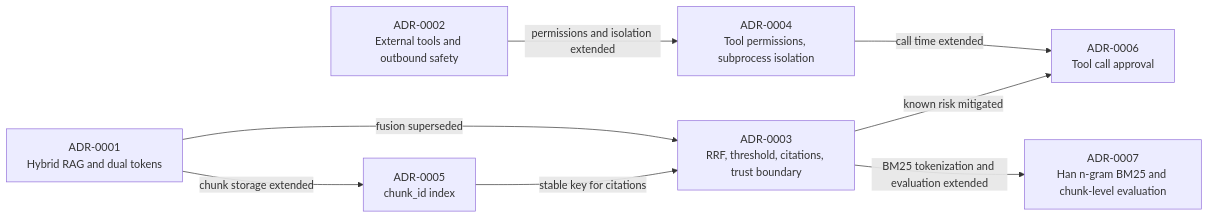
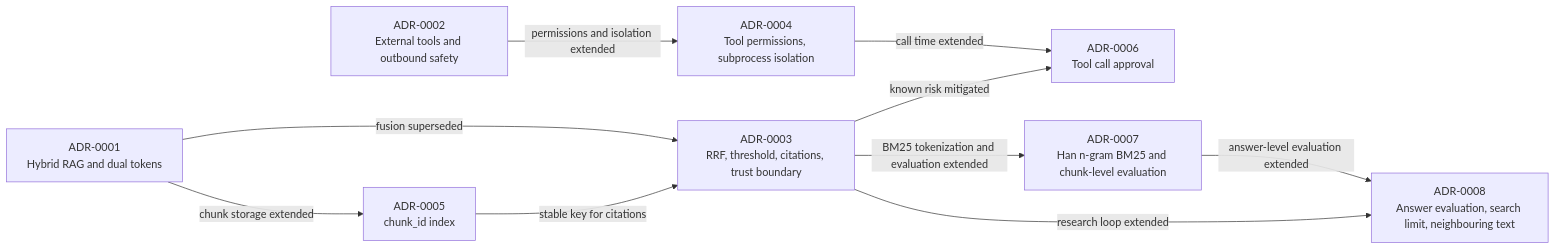
Before and after one commit to Scorpio-meow/AskMiao: the diagram in docs/adr/README_en.md, drawn with Mermaid. The commit also changed other lines of this file and 38 other files, not shown here.

````diff
--- a/docs/adr/README_en.md
+++ b/docs/adr/README_en.md
@@ -21,10 +22,12 @@
 ```mermaid
 flowchart LR
     A1["ADR-0001<br/>Hybrid RAG and dual tokens"] -->|fusion superseded| A3["ADR-0003<br/>RRF, threshold, citations, trust boundary"]
     A1 -->|chunk storage extended| A5["ADR-0005<br/>chunk_id index"]
     A5 -->|stable key for citations| A3
     A2["ADR-0002<br/>External tools and outbound safety"] -->|permissions and isolation extended| A4["ADR-0004<br/>Tool permissions, subprocess isolation"]
     A4 -->|call time extended| A6["ADR-0006<br/>Tool call approval"]
     A3 -->|known risk mitigated| A6
     A3 -->|BM25 tokenization and evaluation extended| A7["ADR-0007<br/>Han n-gram BM25 and chunk-level evaluation"]
+    A7 -->|answer-level evaluation extended| A8["ADR-0008<br/>Answer evaluation, search limit, neighbouring text"]
+    A3 -->|research loop extended| A8
 ```
````
